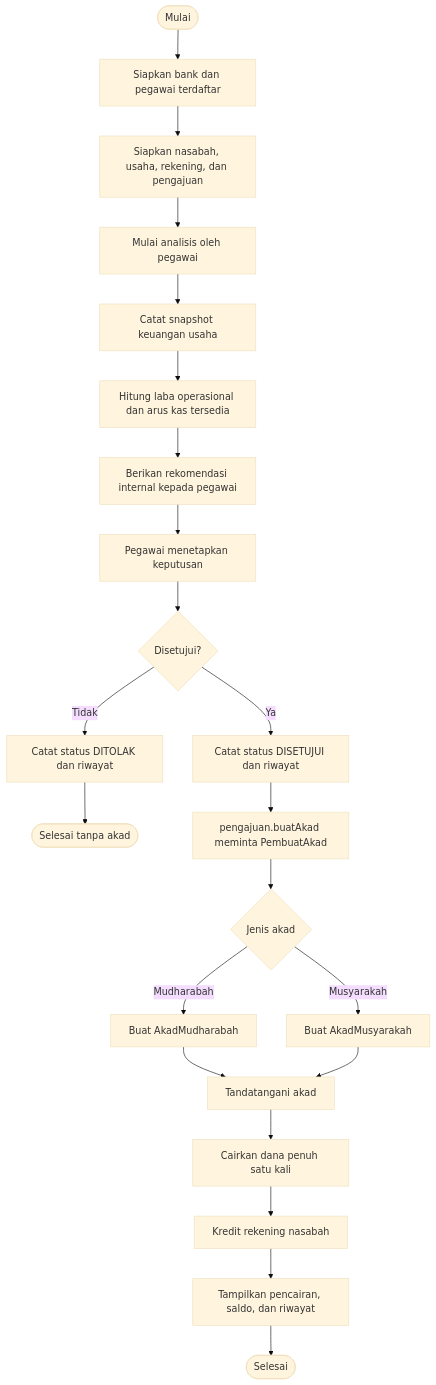
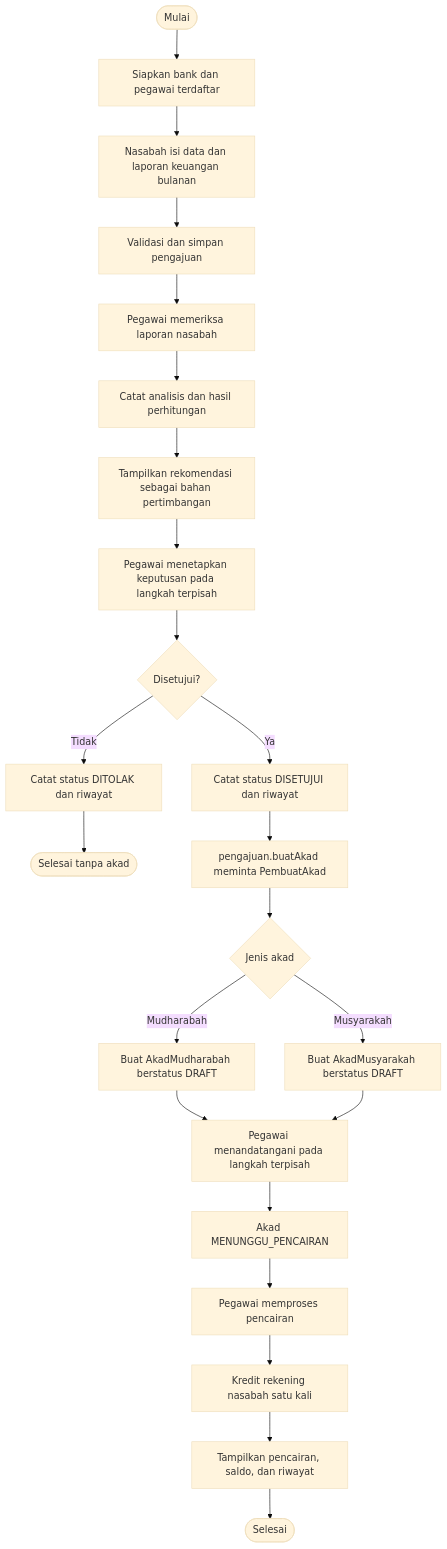
Before and after one commit to ahmadaliaddakhil-coder/OOP-BankSyariah: the third of 4 diagrams in UML-DAN-FLOWCHART.md, drawn with Mermaid (base theme). The commit also changed other lines of this file and 88 other files, not shown here.

````diff
--- a/UML-DAN-FLOWCHART.md
+++ b/UML-DAN-FLOWCHART.md
@@ -362,24 +372,25 @@
 ```mermaid
 flowchart TD
     A([Mulai]) --> B[Siapkan bank dan pegawai terdaftar]
-    B --> C[Siapkan nasabah, usaha, rekening, dan pengajuan]
-    C --> D[Mulai analisis oleh pegawai]
-    D --> E[Catat snapshot keuangan usaha]
-    E --> F[Hitung laba operasional dan arus kas tersedia]
-    F --> G[Berikan rekomendasi internal kepada pegawai]
-    G --> H[Pegawai menetapkan keputusan]
+    B --> C[Nasabah isi data dan laporan keuangan bulanan]
+    C --> D[Validasi dan simpan pengajuan]
+    D --> E[Pegawai memeriksa laporan nasabah]
+    E --> F[Catat analisis dan hasil perhitungan]
+    F --> G[Tampilkan rekomendasi sebagai bahan pertimbangan]
+    G --> H[Pegawai menetapkan keputusan pada langkah terpisah]
     H --> I{Disetujui?}
     I -- Tidak --> J[Catat status DITOLAK dan riwayat]
     J --> K([Selesai tanpa akad])
     I -- Ya --> L[Catat status DISETUJUI dan riwayat]
     L --> M[pengajuan.buatAkad meminta PembuatAkad]
     M --> N{Jenis akad}
-    N -- Mudharabah --> O[Buat AkadMudharabah]
-    N -- Musyarakah --> P[Buat AkadMusyarakah]
-    O --> Q[Tandatangani akad]
+    N -- Mudharabah --> O[Buat AkadMudharabah berstatus DRAFT]
+    N -- Musyarakah --> P[Buat AkadMusyarakah berstatus DRAFT]
+    O --> Q[Pegawai menandatangani pada langkah terpisah]
     P --> Q
-    Q --> R[Cairkan dana penuh satu kali]
-    R --> S[Kredit rekening nasabah]
-    S --> T[Tampilkan pencairan, saldo, dan riwayat]
-    T --> U([Selesai])
+    Q --> R[Akad MENUNGGU_PENCAIRAN]
+    R --> S[Pegawai memproses pencairan]
+    S --> T[Kredit rekening nasabah satu kali]
+    T --> U[Tampilkan pencairan, saldo, dan riwayat]
+    U --> V([Selesai])
 ```
````
